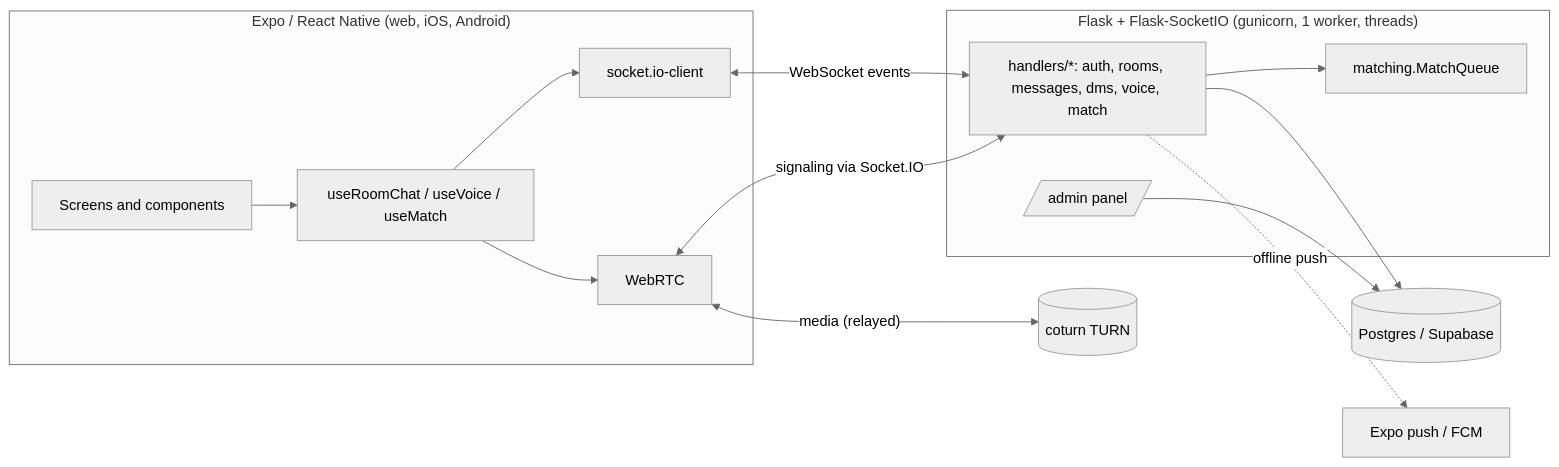
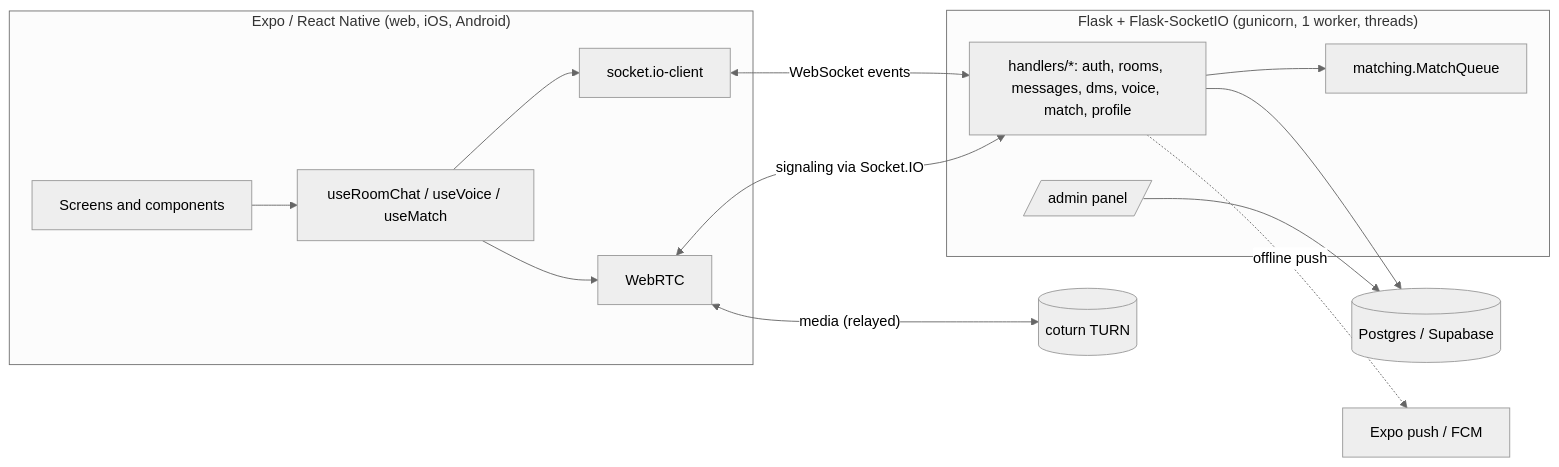
Before and after one commit to HFbise/Reco: the diagram in README.md, drawn with Mermaid (neutral theme). The commit also changed other lines of this file and 15 other files, not shown here.

````diff
--- a/README.md
+++ b/README.md
@@ -101,22 +126,22 @@
 ```mermaid
 flowchart LR
   subgraph Client["Expo / React Native (web, iOS, Android)"]
     UI[Screens and components] --> Hooks[useRoomChat / useVoice / useMatch]
     Hooks --> Sock[socket.io-client]
     Hooks --> RTC[WebRTC]
   end
 
   subgraph Server["Flask + Flask-SocketIO (gunicorn, 1 worker, threads)"]
-    Handlers[handlers/*: auth, rooms, messages, dms, voice, match]
+    Handlers[handlers/*: auth, rooms, messages, dms, voice, match, profile]
     Queue[matching.MatchQueue]
     Admin[/admin panel/]
     Handlers --> Queue
   end
 
   Sock <-- "WebSocket events" --> Handlers
   RTC <-- "signaling via Socket.IO" --> Handlers
   RTC <-- "media (relayed)" --> TURN[(coturn TURN)]
   Handlers --> DB[(Postgres / Supabase)]
   Admin --> DB
   Handlers -. "offline push" .-> FCM[Expo push / FCM]
 ```
````
